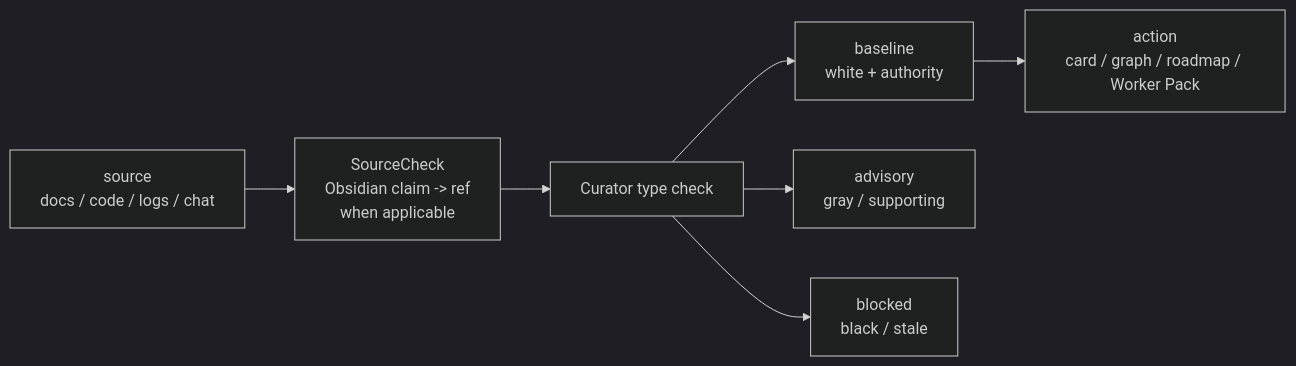
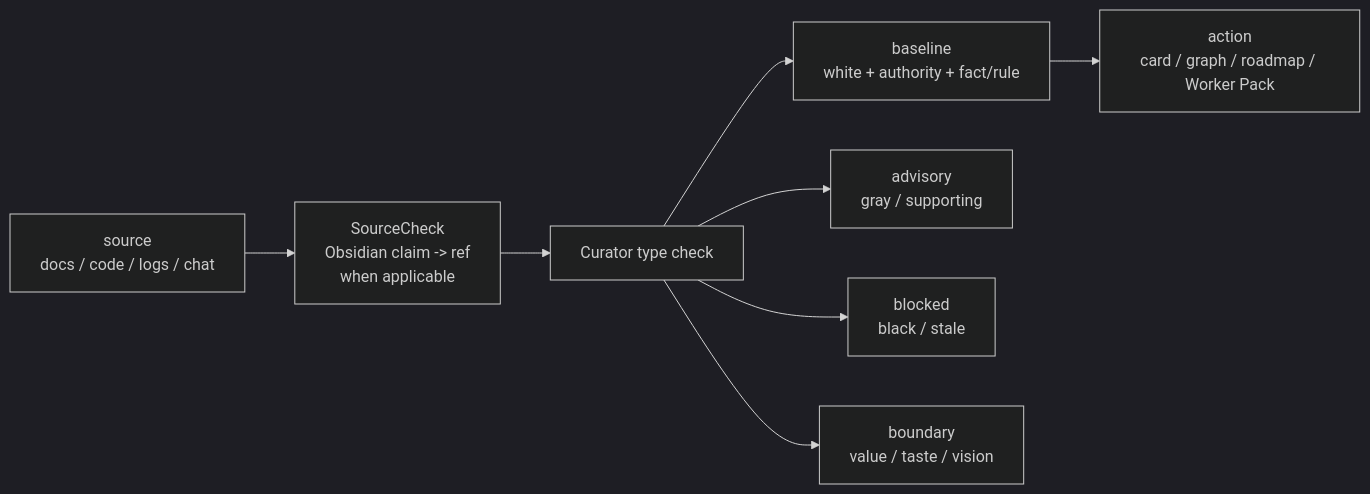
One commit to nds15763/workskills changed the diagram in project-knowledge-curator/SKILL.md. Above: the diagram before and after it, drawn with Mermaid (dark theme). The commit also changed other lines of this file and 10 other files, not shown here.

````diff
--- a/project-knowledge-curator/SKILL.md
+++ b/project-knowledge-curator/SKILL.md
@@ -46,9 +46,10 @@
 ```mermaid
 flowchart LR
   A["source<br/>docs / code / logs / chat"] --> B["SourceCheck<br/>Obsidian claim -> ref<br/>when applicable"]
   B --> C["Curator type check"]
-  C --> D["baseline<br/>white + authority"]
+  C --> D["baseline<br/>white + authority + fact/rule"]
   C --> E["advisory<br/>gray / supporting"]
   C --> F["blocked<br/>black / stale"]
+  C --> H["boundary<br/>value / taste / vision"]
   D --> G["action<br/>card / graph / roadmap / Worker Pack"]
 ```
````
